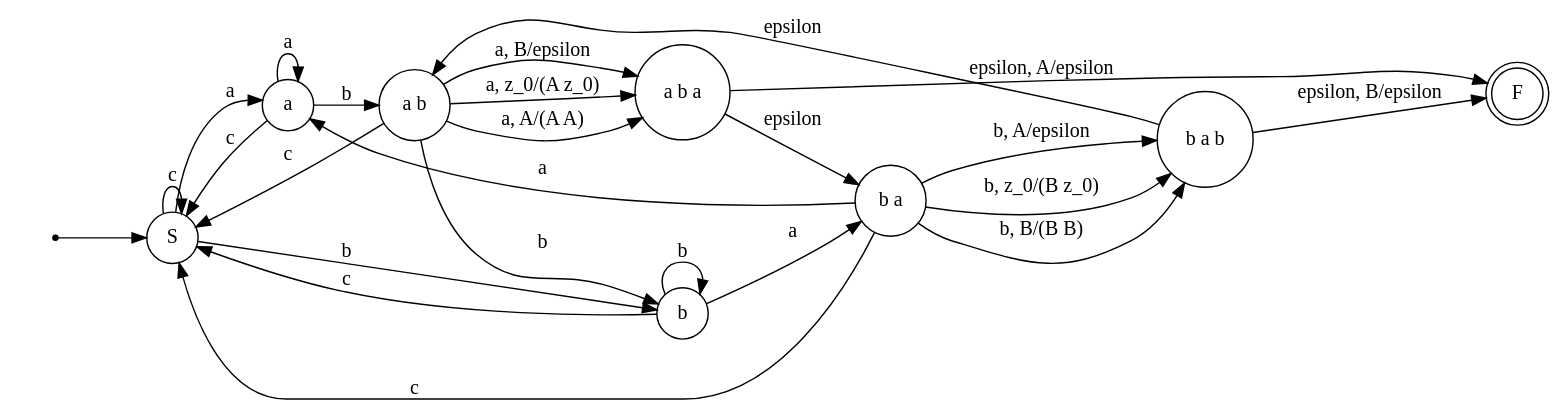
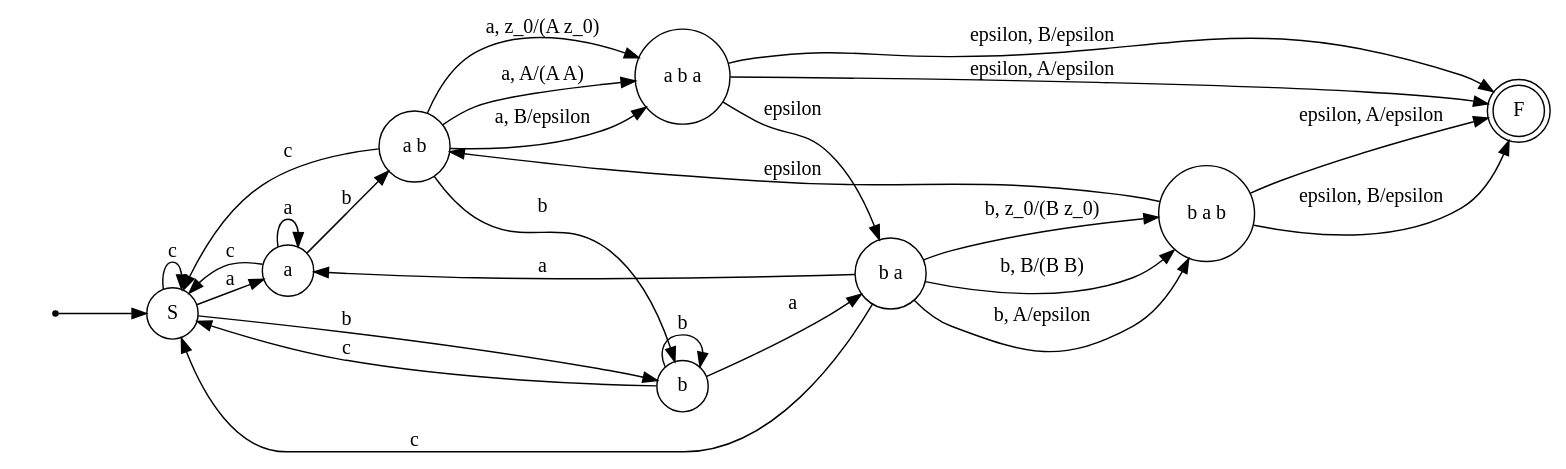
Before and after one commit to Enclaze/Formal-Language-Theory-Labs: the diagram in task3.dot, drawn with Graphviz.

```diff
--- a/task3.dot
+++ b/task3.dot
@@ -1,31 +1,33 @@
 digraph {
 	rankdir = LR
 	node [shape=circle]
 	dummy [label = "", shape = none]
  start [shape = point];
  start -> "S";
 	F [shape = doublecircle] 
     S -> a [label = "a"];
     S -> b [label = "b"];
     S -> S [label = "c"];
     a -> a [label = "a"]; // aa
     b -> b [label = "b"]; // bb
     a -> "a b" [label = "b"];
     a -> S [label = "c"];
     "a b" -> "a b a" [label = "a, B/epsilon"]
     "a b" -> S [label = "c"];
     "a b" -> "a b a" [label = "a, z_0/(A z_0)"]
     "a b" -> "a b a" [label = "a, A/(A A)"]
     "a b" -> "b" [label = "b"];
     "a b a" -> "F" [label = "epsilon, A/epsilon"]
+	"a b a" -> "F" [label = "epsilon, B/epsilon"]
     "a b a" -> "b a" [label = "epsilon"]
     b -> "b a" [label = "a"];
     b -> S [label = "c"];
     "b a" -> "b a b" [label = "b, A/epsilon"]
     "b a" -> "b a b" [label = "b, z_0/(B z_0)"]
     "b a" -> "b a b" [label = "b, B/(B B)"]
     "b a" -> "S" [label = "c"];
     "b a" -> "a" [label = "a"];
+	"b a b" -> "F" [label = "epsilon, A/epsilon"]
     "b a b" -> "F" [label = "epsilon, B/epsilon"]
     "b a b" -> "a b" [label = "epsilon"]
 }
```
